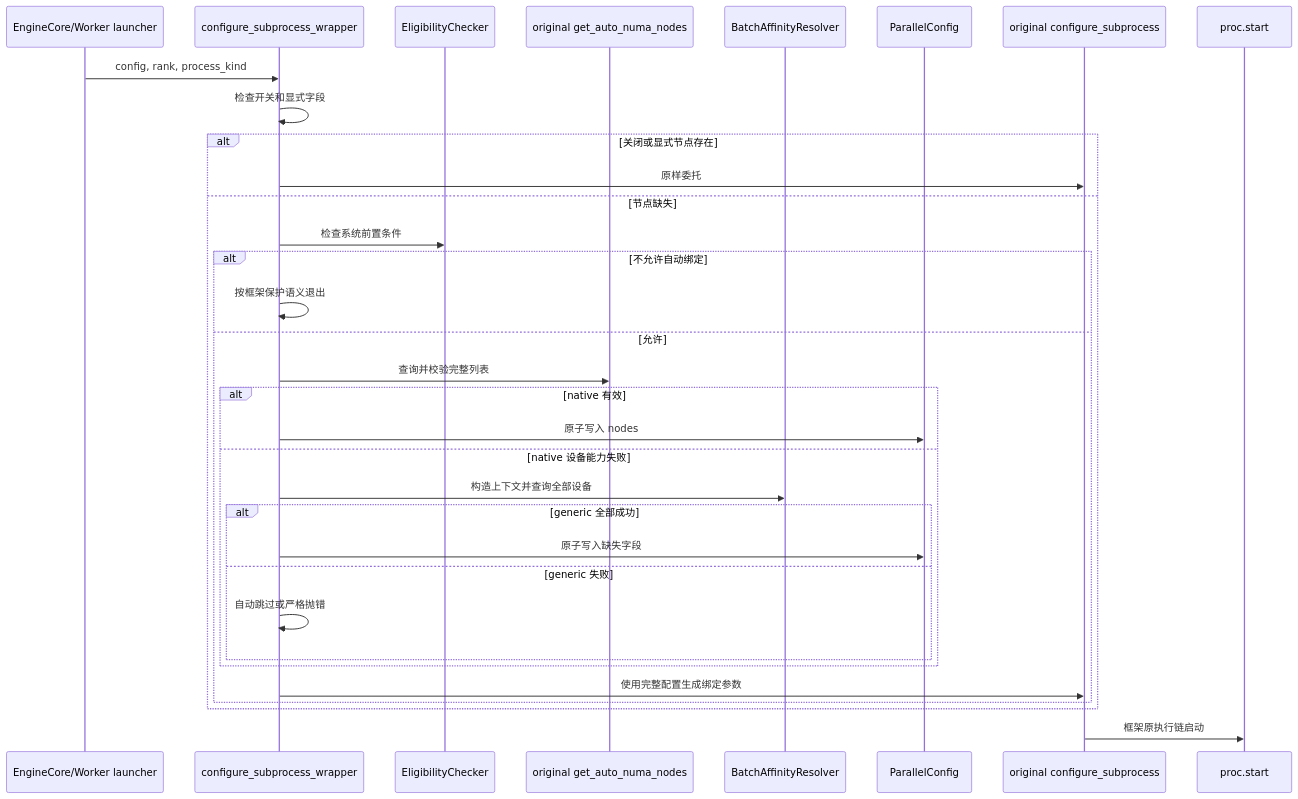
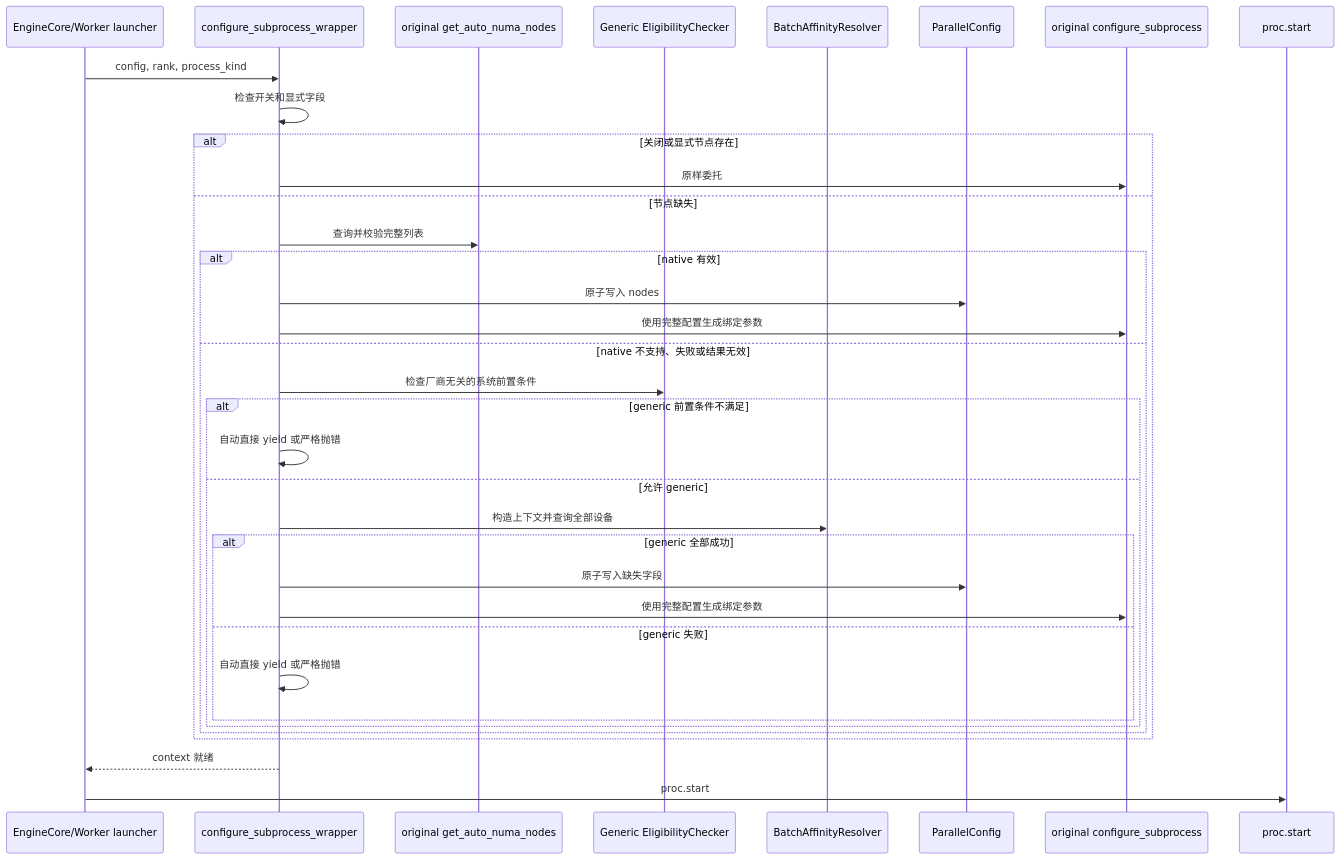
One commit to qin-chenghan/kunpeng-affinity-plugin changed the second of 2 diagrams in docs/kunpeng-affinity-plugin-delivery-design.md. Above: the diagram before and after it, drawn with Mermaid. The commit also changed other lines of this file and 10 other files, not shown here.

````diff
--- a/docs/kunpeng-affinity-plugin-delivery-design.md
+++ b/docs/kunpeng-affinity-plugin-delivery-design.md
@@ -643,36 +646,38 @@
 ```mermaid
 sequenceDiagram
     participant Caller as EngineCore/Worker launcher
     participant Hook as configure_subprocess_wrapper
-    participant Gate as EligibilityChecker
     participant Native as original get_auto_numa_nodes
+    participant Gate as Generic EligibilityChecker
     participant Batch as BatchAffinityResolver
     participant Config as ParallelConfig
     participant Original as original configure_subprocess
     participant Proc as proc.start
 
     Caller->>Hook: config, rank, process_kind
     Hook->>Hook: 检查开关和显式字段
     alt 关闭或显式节点存在
         Hook->>Original: 原样委托
     else 节点缺失
-        Hook->>Gate: 检查系统前置条件
-        alt 不允许自动绑定
-            Hook->>Hook: 按框架保护语义退出
-        else 允许
-            Hook->>Native: 查询并校验完整列表
-            alt native 有效
-                Hook->>Config: 原子写入 nodes
-            else native 设备能力失败
+        Hook->>Native: 查询并校验完整列表
+        alt native 有效
+            Hook->>Config: 原子写入 nodes
+            Hook->>Original: 使用完整配置生成绑定参数
+        else native 不支持、失败或结果无效
+            Hook->>Gate: 检查厂商无关的系统前置条件
+            alt generic 前置条件不满足
+                Hook->>Hook: 自动直接 yield 或严格抛错
+            else 允许 generic
                 Hook->>Batch: 构造上下文并查询全部设备
                 alt generic 全部成功
                     Hook->>Config: 原子写入缺失字段
+                    Hook->>Original: 使用完整配置生成绑定参数
                 else generic 失败
-                    Hook->>Hook: 自动跳过或严格抛错
+                    Hook->>Hook: 自动直接 yield 或严格抛错
                 end
             end
-            Hook->>Original: 使用完整配置生成绑定参数
         end
     end
-    Original->>Proc: 框架原执行链启动
+    Hook-->>Caller: context 就绪
+    Caller->>Proc: proc.start
 ```
````
